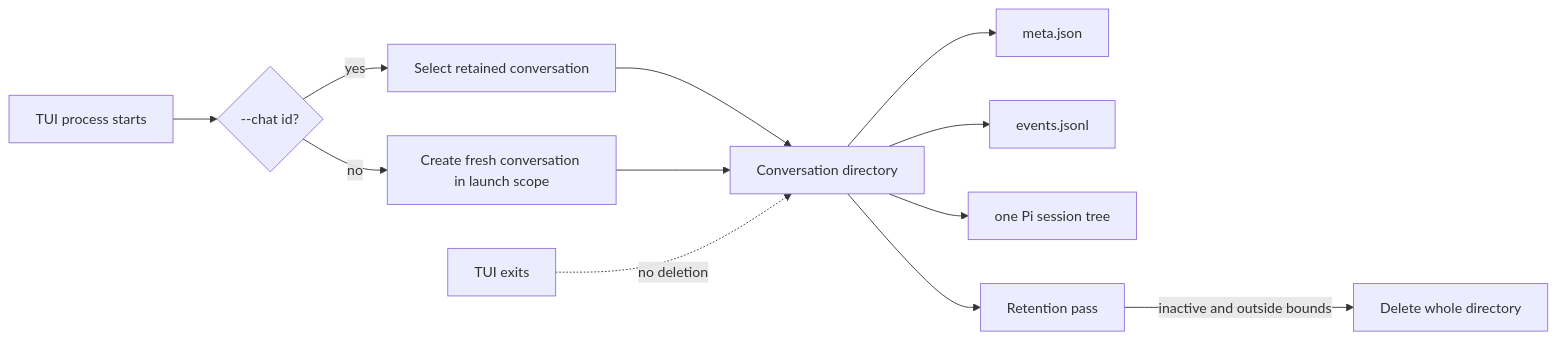
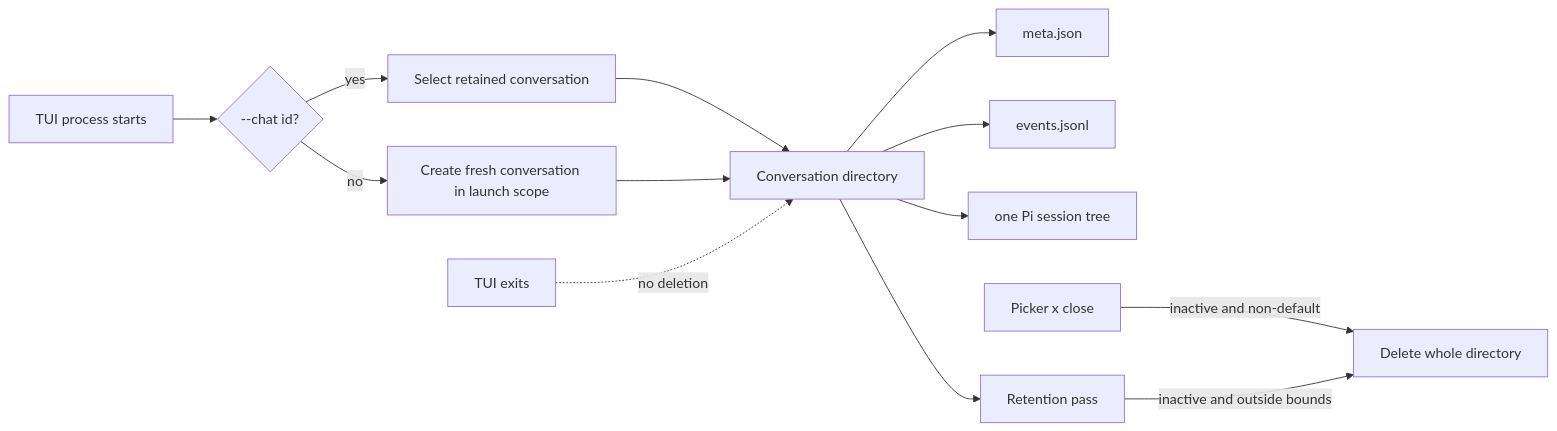
One commit to Volpestyle/clankie changed the diagram in docs/adr/0111-a-console-process-starts-one-conversation.md. Above: the diagram before and after it, drawn with Mermaid. The commit also changed other lines of this file and 52 other files, not shown here.

````diff
--- a/docs/adr/0111-a-console-process-starts-one-conversation.md
+++ b/docs/adr/0111-a-console-process-starts-one-conversation.md
@@ -35,14 +40,15 @@
 ```mermaid
 flowchart LR
     Start[TUI process starts] --> Choice{--chat id?}
     Choice -->|yes| Resume[Select retained conversation]
     Choice -->|no| Create[Create fresh conversation in launch scope]
     Resume --> Room[Conversation directory]
     Create --> Room
     Room --> Meta[meta.json]
     Room --> Events[events.jsonl]
     Room --> Pi[one Pi session tree]
     Exit[TUI exits] -. no deletion .-> Room
+    Picker[Picker x close] -->|inactive and non-default| Delete
     Retention[Retention pass] -->|inactive and outside bounds| Delete[Delete whole directory]
     Room --> Retention
 ```
````
